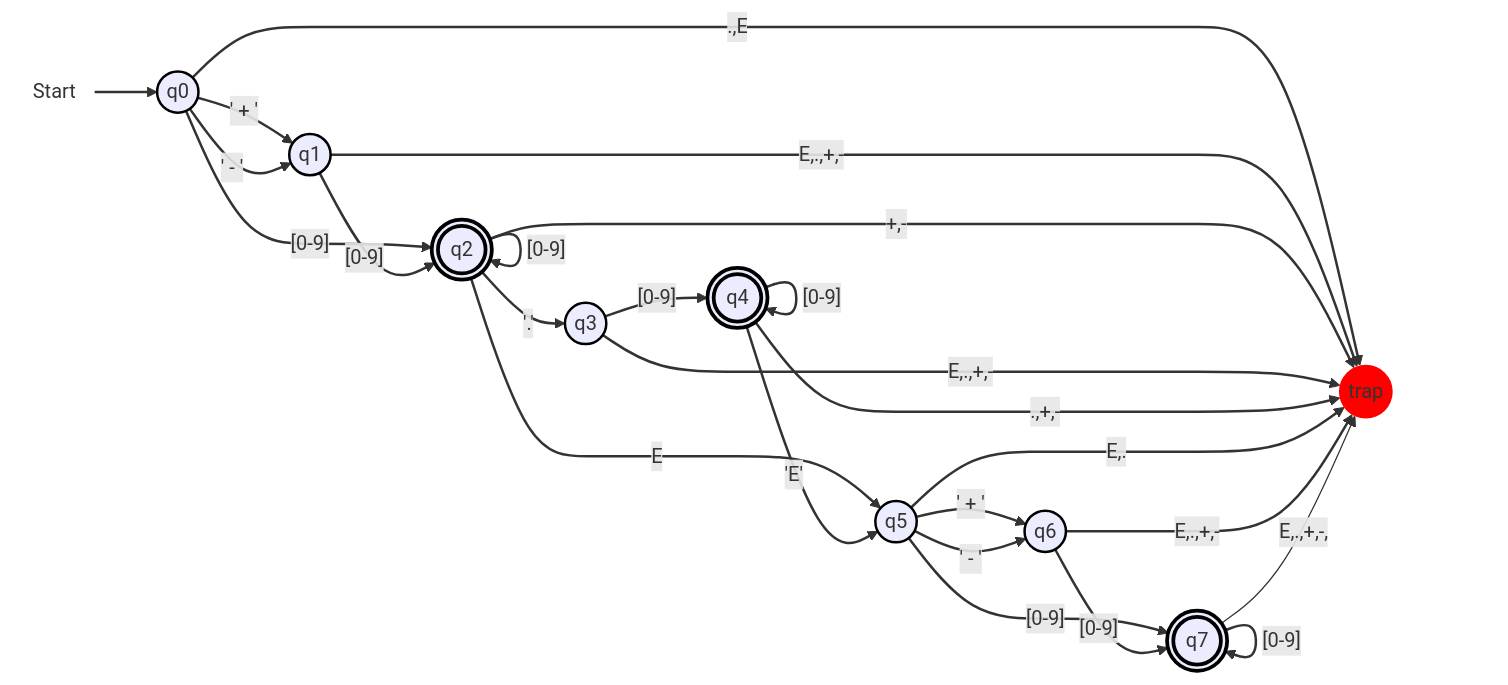
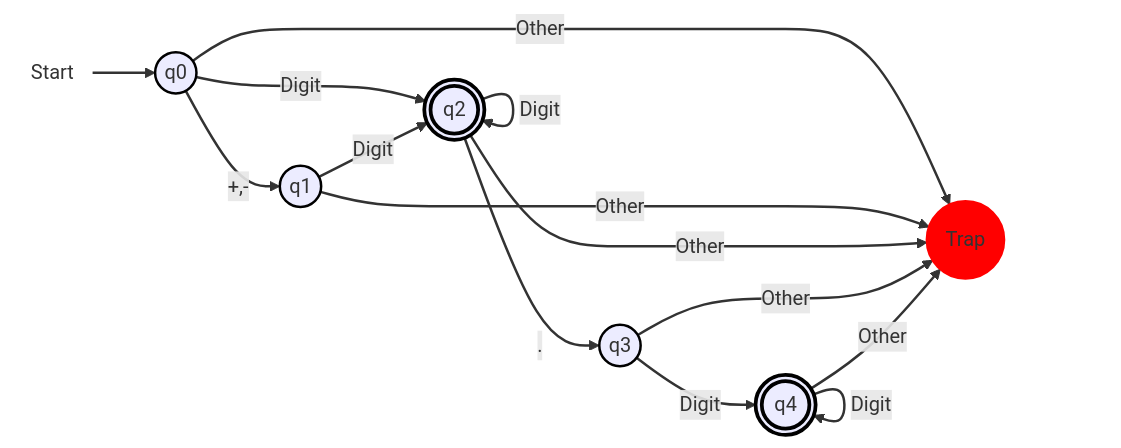
The second of 9 diagrams in docs/DFA.md (CS-Tiny-Compiler/a-tiny-compiler), drawn with Mermaid before and after one commit. The commit also changed other lines of this file and 1 other file, not shown here.

Commit message:
modified number and string DFAs

````diff
--- a/docs/DFA.md
+++ b/docs/DFA.md
@@ -25,46 +27,30 @@
 ```mermaid
 flowchart LR
   start(((Start))):::startNode --> q0(("q0")):::normal
   
-  q0 --> |' + '| q1(("q1")):::normal
-  q0 --> |' - '| q1
-  q0 --> |"[0-9]"| q2((("q2"))):::finalState
-  q0 --> |" .,E "| q8(("trap")):::trapState
+  q0 --> |"+,-"| q1(("q1")):::normal
+  q0 --> |Digit| q2((("q2"))):::finalState
+  q0 --> |Other| trap((("Trap"))):::trap
   
-  q1 --> |"[0-9]"| q2
-  q1 --> |"E,.,+,-"| q8
+  q1 --> |Digit| q2
+  q1 --> |Other| trap
   
+  q2 --> |Digit| q2
+  q2 --> |"."| q3(("q3")):::normal
+  q2 --> |Other| trap
   
-  q2 --> |'.'| q3(("q3")):::normal
-  q2 --> |"E"| q5
-  q2 --> |"+,-"| q8
-  q2 --> |"[0-9]"| q2
+  q3 --> |Digit| q4((("q4"))):::finalState
+  q3 --> |Other| trap
   
-  
-  q3 --> |"[0-9]"| q4((("q4"))):::finalState
-  q3 --> |"E,.,+,-"| q8
-  
-  q4 --> |'E'| q5(("q5")):::normal
-  q4 --> |"[0-9]"| q4
-  q4 --> |".,+,-"| q8
-
-  q5 --> |' + '| q6(("q6")):::normal
-  q5 --> |' - '| q6
-  q5 --> |"E,."| q8
-  q5 --> |"[0-9]"| q7((("q7"))):::finalState
-  
-  q6 --> |"[0-9]"| q7
-  q6 --> |"E,.,+,-"| q8
-  
-  q7 --> |"[0-9]"| q7
-  q7 --> |"E,.,+,-,"| q8
+  q4 --> |Digit| q4
+  q4 --> |Other| trap
 
   classDef startNode fill:none,stroke:none;
   classDef normal stroke:#000,stroke-width:2px;
   classDef finalState stroke:#000,stroke-width:3px;
-  classDef trapState fill:red,stroke:none;
+  classDef trap fill:#f00,stroke:#f00,stroke-width:2px;
 
   linkStyle 0 stroke-width:2px;
-  linkStyle 1,2,3,4,5,6,7,8,9,10,11,12,13,14,15,16,17,18,19,20,21,22 stroke:#333,stroke-width:2px,fill:none;
+  linkStyle 1,2,3,4,5,6,7,8,9,10,11,12 stroke:#333,stroke-width:2px,fill:none;
 
 ```
````
